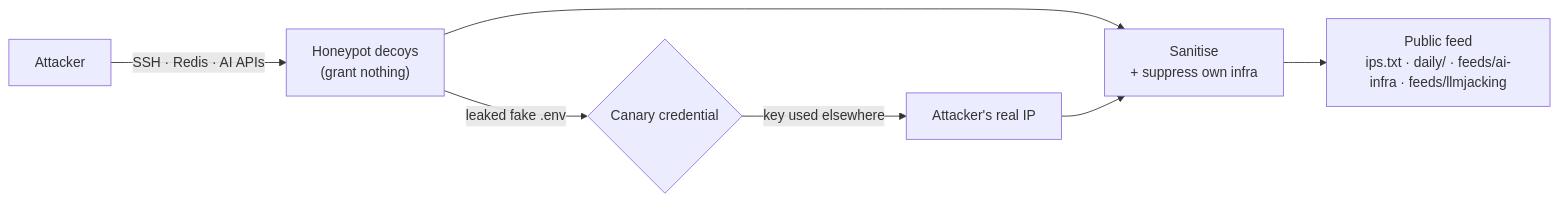
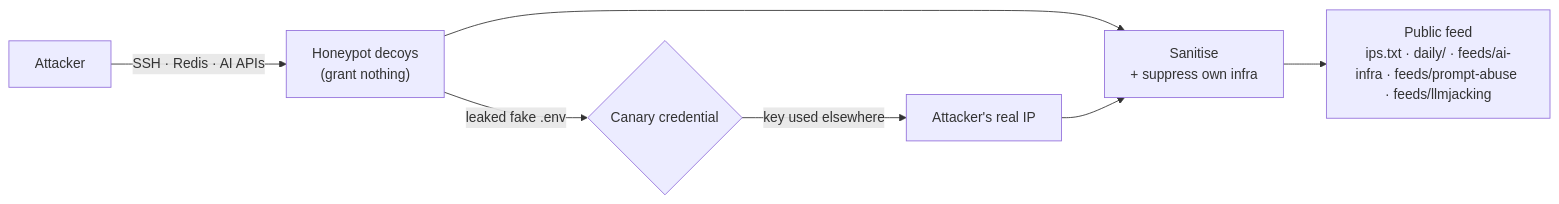
The diagram in README.md (Zikmadol/trapline-ioc), drawn with Mermaid before and after one commit. The commit also changed other lines of this file, not shown here.

First line of the commit message:
Document the prompt-abuse feed

````diff
--- a/README.md
+++ b/README.md
@@ -100,9 +103,9 @@
 ```mermaid
 flowchart LR
   A["Attacker"] -->|"SSH · Redis · AI APIs"| B["Honeypot decoys<br/>(grant nothing)"]
   B -->|"leaked fake .env"| C{"Canary credential"}
   C -->|"key used elsewhere"| D["Attacker's real IP"]
   B --> E["Sanitise<br/>+ suppress own infra"]
   D --> E
-  E --> F["Public feed<br/>ips.txt · daily/ · feeds/ai-infra · feeds/llmjacking"]
+  E --> F["Public feed<br/>ips.txt · daily/ · feeds/ai-infra · feeds/prompt-abuse · feeds/llmjacking"]
 ```
````
